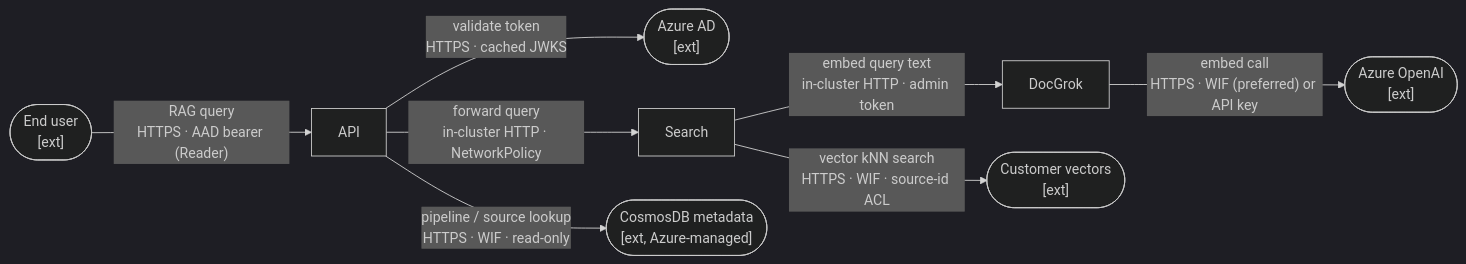
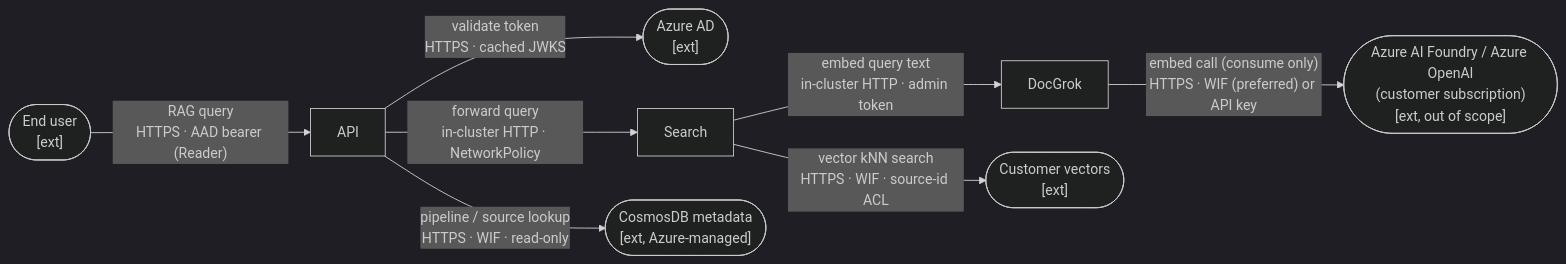
The second of 5 diagrams in docs/security/threat-model.md (AzureCosmosDB/OmniVec), drawn with Mermaid (dark theme) before and after one commit. The commit also changed other lines of this file and 2 other files, not shown here.

First line of the commit message:
security(threat-model): show Azure AI Foundry / AOAI as separate external (OOS)

````diff
--- a/docs/security/threat-model.md
+++ b/docs/security/threat-model.md
@@ -124,19 +127,19 @@
 ```mermaid
 flowchart LR
   user(["End user<br/>[ext]"])
   aad(["Azure AD<br/>[ext]"])
   api["API"]
   search["Search"]
   docgrok["DocGrok"]
   cmeta(["CosmosDB metadata<br/>[ext, Azure-managed]"])
   cvec(["Customer vectors<br/>[ext]"])
-  aoai(["Azure OpenAI<br/>[ext]"])
+  foundry(["Azure AI Foundry / Azure OpenAI<br/>(customer subscription)<br/>[ext, out of scope]"])
 
   user -->|"RAG query<br/>HTTPS · AAD bearer (Reader)"| api
   api -->|"validate token<br/>HTTPS · cached JWKS"| aad
   api -->|"forward query<br/>in-cluster HTTP · NetworkPolicy"| search
   search -->|"embed query text<br/>in-cluster HTTP · admin token"| docgrok
-  docgrok -->|"embed call<br/>HTTPS · WIF (preferred) or API key"| aoai
+  docgrok -->|"embed call (consume only)<br/>HTTPS · WIF (preferred) or API key"| foundry
   search -->|"vector kNN search<br/>HTTPS · WIF · source-id ACL"| cvec
   api -->|"pipeline / source lookup<br/>HTTPS · WIF · read-only"| cmeta
 ```
````
